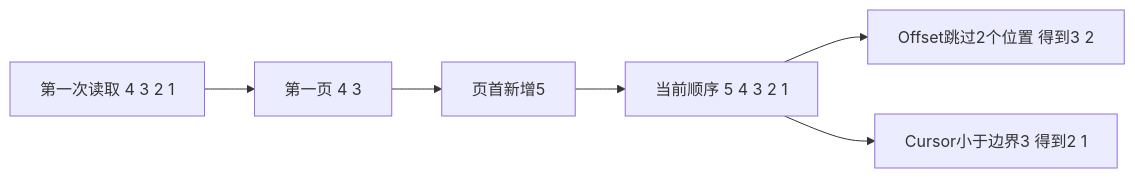
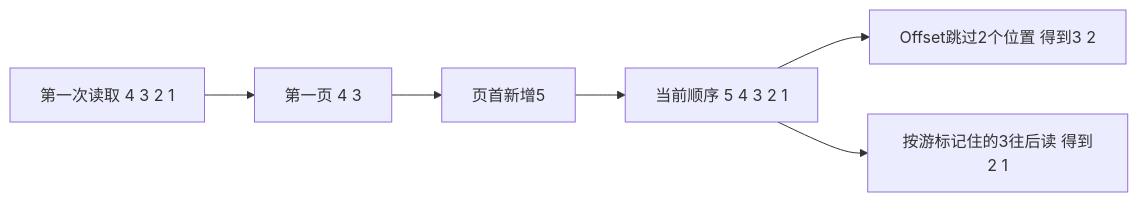
Before and after one commit to SamChowRock/EPP-Book: the first of 2 diagrams in part-04-consistency/chapter-29-pagination/chapter.md, drawn with Mermaid. The commit also changed other lines of this file and 2 other files, not shown here.

````diff
--- a/part-04-consistency/chapter-29-pagination/chapter.md
+++ b/part-04-consistency/chapter-29-pagination/chapter.md
@@ -17,8 +19,8 @@
 ```mermaid
 flowchart LR
   A[第一次读取 4 3 2 1] --> B[第一页 4 3]
   B --> C[页首新增5]
   C --> D[当前顺序 5 4 3 2 1]
   D --> E[Offset跳过2个位置 得到3 2]
-  D --> F[Cursor小于边界3 得到2 1]
+  D --> F[按游标记住的3往后读 得到2 1]
 ```
````
